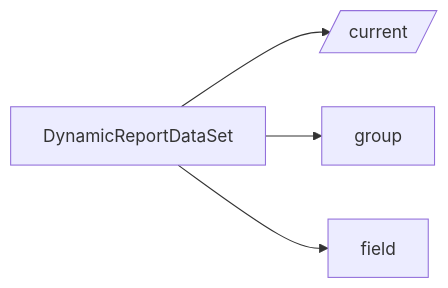
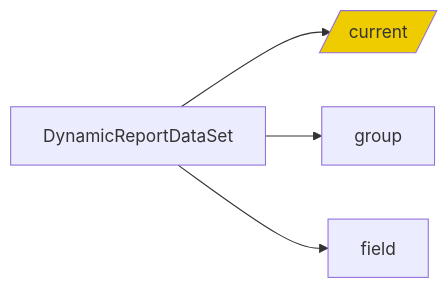
One commit to entropy-cloud/nop-entropy changed the eighth of 12 diagrams in docs/dev-guide/report/report-design.md. Above: the diagram before and after it, drawn with Mermaid. The commit also changed other lines of this file and 3 other files, not shown here.

````diff
--- a/docs/dev-guide/report/report-design.md
+++ b/docs/dev-guide/report/report-design.md
@@ -325,7 +342,9 @@
 ```mermaid
 graph LR
 
 DynamicReportDataSet --> a1[/current/]
 DynamicReportDataSet --> a2[group]
 DynamicReportDataSet --> a3[field]
+
+style a1 fill:#eecc00
 ```
````
